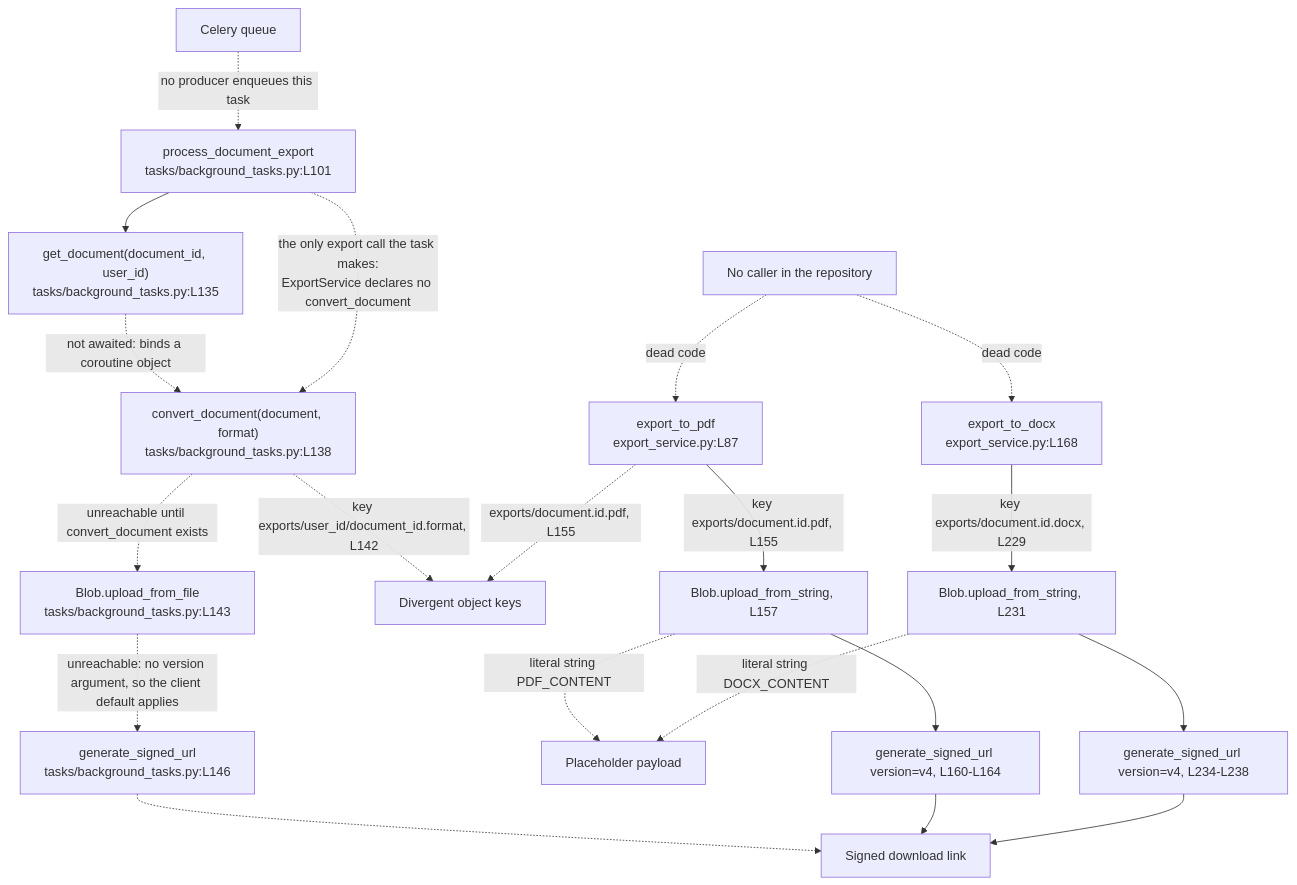
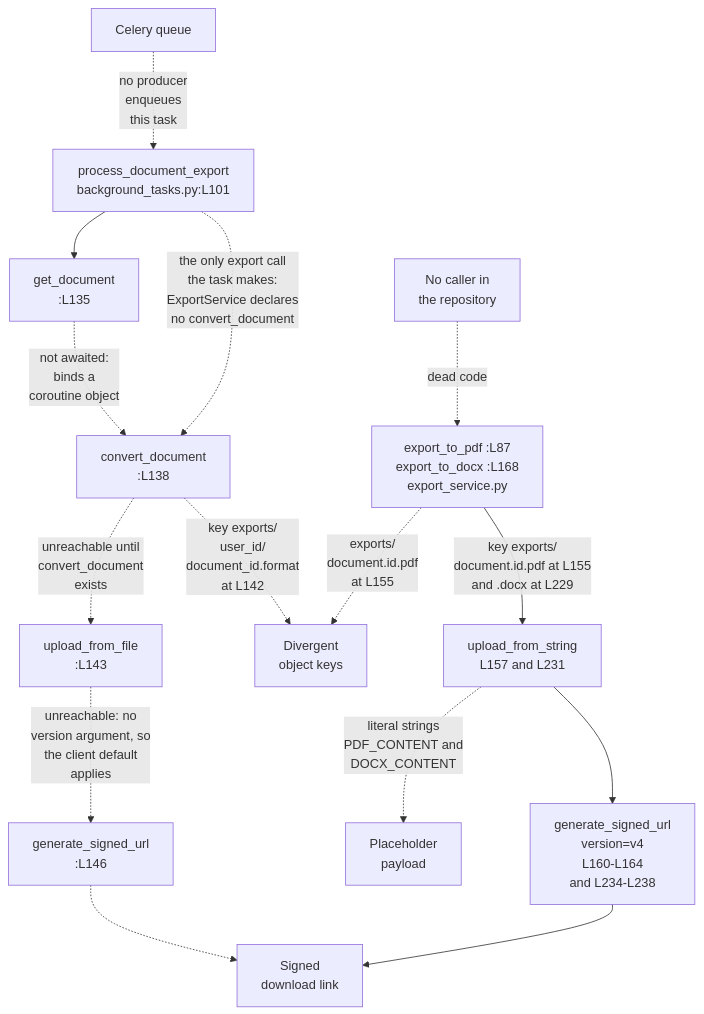
One commit to blitzy-public-samples/microsoft-word-u33ko0 changed the second of 2 diagrams in backend/app/services/README.md. Above: the diagram before and after it, drawn with Mermaid. The commit also changed other lines of this file and 20 other files, not shown here.

First line of the commit message:
﻿docs: resolve QA findings on Mermaid legibility, label integrity and accessibility

````diff
--- a/backend/app/services/README.md
+++ b/backend/app/services/README.md
@@ -172,25 +172,22 @@
 ```mermaid
 flowchart TD
-    Q["Celery queue"] -.->|"no producer enqueues this task"| T["process_document_export<br/>tasks/background_tasks.py:L101"]
-    T --> G["get_document(document_id, user_id)<br/>tasks/background_tasks.py:L135"]
-    G -.->|"not awaited: binds a coroutine object"| C
-    T -.->|"the only export call the task makes:<br/>ExportService declares no convert_document"| C["convert_document(document, format)<br/>tasks/background_tasks.py:L138"]
-    C -.->|"unreachable until convert_document exists"| UT["Blob.upload_from_file<br/>tasks/background_tasks.py:L143"]
-    UT -.->|"unreachable: no version argument, so the client default applies"| ST["generate_signed_url<br/>tasks/background_tasks.py:L146"]
-    ST -.-> URL["Signed download link"]
-    C -.->|"key exports/user_id/document_id.format, L142"| K["Divergent object keys"]
+    accTitle: The export job lifecycle across the task and the two service methods
+    accDescr: The task path cannot complete because ExportService declares no convert_document. The two written service methods are dead code with no caller, and the two paths build divergent object keys. The two methods share one column because their structure is identical, and both line numbers appear in each node.
+    Q["Celery queue"] -.->|"no producer<br/>enqueues<br/>this task"| T["process_document_export<br/>background_tasks.py:L101"]
+    T --> G["get_document<br/>:L135"]
+    G -.->|"not awaited:<br/>binds a<br/>coroutine object"| C
+    T -.->|"the only export call<br/>the task makes:<br/>ExportService declares<br/>no convert_document"| C["convert_document<br/>:L138"]
+    C -.->|"unreachable until<br/>convert_document<br/>exists"| UT["upload_from_file<br/>:L143"]
+    UT -.->|"unreachable: no<br/>version argument, so<br/>the client default<br/>applies"| ST["generate_signed_url<br/>:L146"]
+    ST -.-> URL["Signed<br/>download link"]
+    C -.->|"key exports/<br/>user_id/<br/>document_id.format<br/>at L142"| K["Divergent<br/>object keys"]
 
-    NC["No caller in the repository"] -.->|"dead code"| P["export_to_pdf<br/>export_service.py:L87"]
-    NC -.->|"dead code"| D["export_to_docx<br/>export_service.py:L168"]
-    P -->|"key exports/document.id.pdf, L155"| UP["Blob.upload_from_string, L157"]
-    D -->|"key exports/document.id.docx, L229"| UD["Blob.upload_from_string, L231"]
-    UP -.->|"literal string PDF_CONTENT"| PL["Placeholder payload"]
-    UD -.->|"literal string DOCX_CONTENT"| PL
-    UP --> SP["generate_signed_url version=v4, L160-L164"]
-    UD --> SD["generate_signed_url version=v4, L234-L238"]
-    SP --> URL
-    SD --> URL
-    P -.->|"exports/document.id.pdf, L155"| K
+    NC["No caller in<br/>the repository"] -.->|"dead code"| PD["export_to_pdf :L87<br/>export_to_docx :L168<br/>export_service.py"]
+    PD -->|"key exports/<br/>document.id.pdf at L155<br/>and .docx at L229"| UPD["upload_from_string<br/>L157 and L231"]
+    UPD -.->|"literal strings<br/>PDF_CONTENT and<br/>DOCX_CONTENT"| PL["Placeholder<br/>payload"]
+    UPD --> SPD["generate_signed_url<br/>version=v4<br/>L160-L164<br/>and L234-L238"]
+    SPD --> URL
+    PD -.->|"exports/<br/>document.id.pdf<br/>at L155"| K
 %% Dashed edges mark a call that does not exist or cannot resolve.
 %% Solid edges inside export_to_pdf and export_to_docx are written and unreached.
 ```
````
